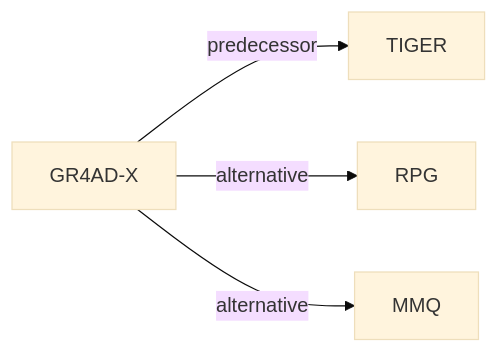
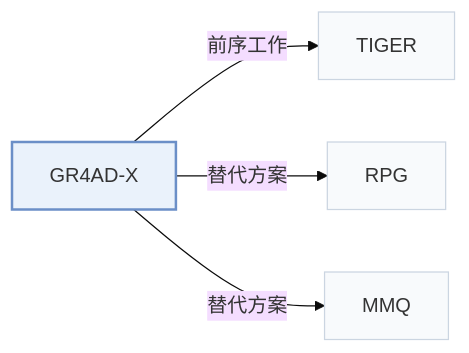
Before and after one commit to Galaxy-ghost/Awesome-SID-Generative-Rec: the second of 2 diagrams in pages/zh/papers/gr4ad-x.md, drawn with Mermaid (base theme). The commit also changed other lines of this file and 649 other files, not shown here.

Commit message:
writer-05: also tags and modality index (schema, check, build, visuals); summary field removed; calibration data for 12 papers

````diff
--- a/pages/zh/papers/gr4ad-x.md
+++ b/pages/zh/papers/gr4ad-x.md
@@ -70,7 +73,11 @@
 ```mermaid
 flowchart LR
     P["GR4AD-X"]
-    P -->|predecessor| A["TIGER"]
-    P -->|alternative| B["RPG"]
-    P -->|alternative| C["MMQ"]
+    P -->|"前序工作"| A["TIGER"]
+    P -->|"替代方案"| B["RPG"]
+    P -->|"替代方案"| C["MMQ"]
+    classDef main fill:#eaf2fb,stroke:#6b8fc7,stroke-width:2px
+    classDef peer fill:#f8fafc,stroke:#cbd5e1
+    class P main
+    class A,B,C peer
 ```
````
